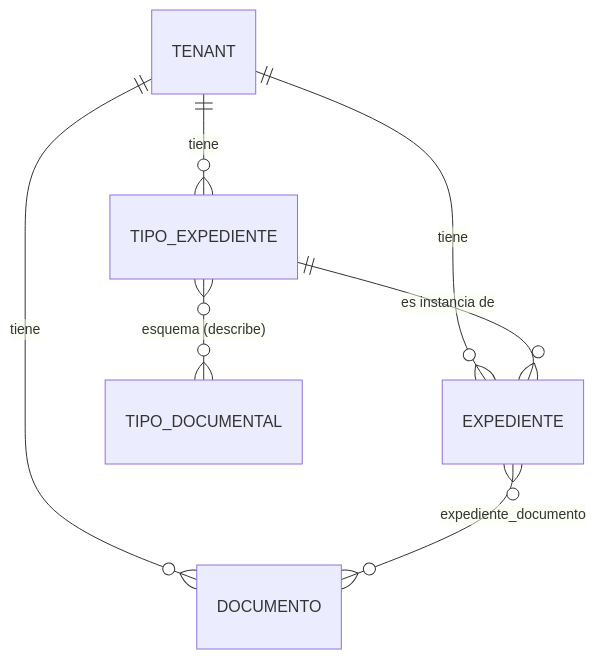
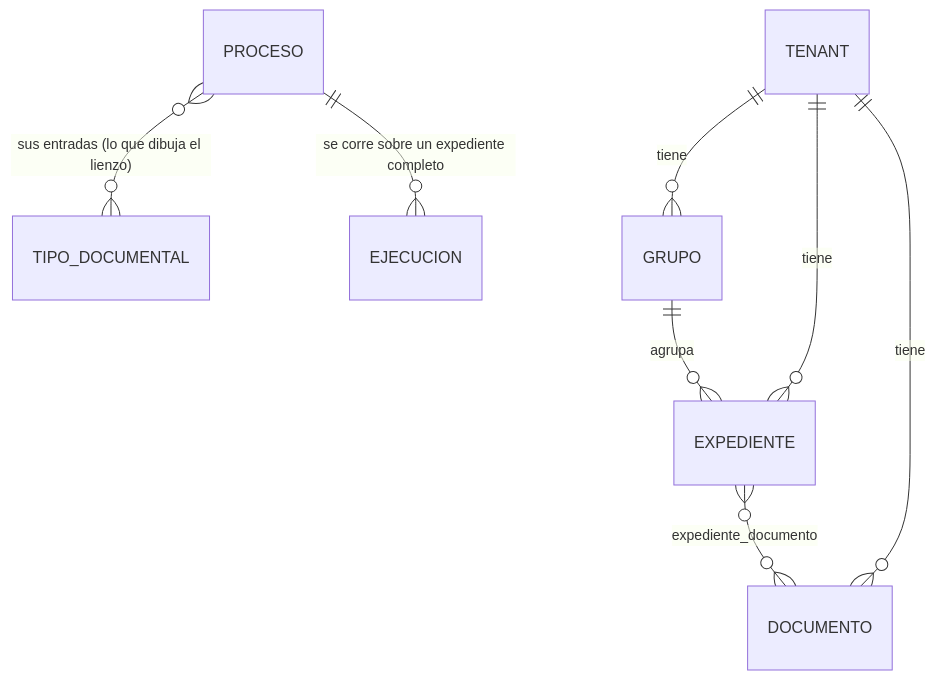
The diagram in docs/modelo-entidades.md (Moibe/nexus_back), drawn with Mermaid before and after one commit. The commit also changed other lines of this file and 31 other files, not shown here.

````diff
--- a/docs/modelo-entidades.md
+++ b/docs/modelo-entidades.md
@@ -76,9 +71,10 @@
 ```mermaid
 erDiagram
-    TENANT ||--o{ TIPO_EXPEDIENTE : tiene
+    TENANT ||--o{ GRUPO : tiene
     TENANT ||--o{ EXPEDIENTE : tiene
     TENANT ||--o{ DOCUMENTO : tiene
-    TIPO_EXPEDIENTE ||--o{ EXPEDIENTE : "es instancia de"
-    TIPO_EXPEDIENTE }o--o{ TIPO_DOCUMENTAL : "esquema (describe)"
+    GRUPO ||--o{ EXPEDIENTE : agrupa
     EXPEDIENTE }o--o{ DOCUMENTO : "expediente_documento"
+    PROCESO }o--o{ TIPO_DOCUMENTAL : "sus entradas (lo que dibuja el lienzo)"
+    PROCESO ||--o{ EJECUCION : "se corre sobre un expediente completo"
 ```
````
